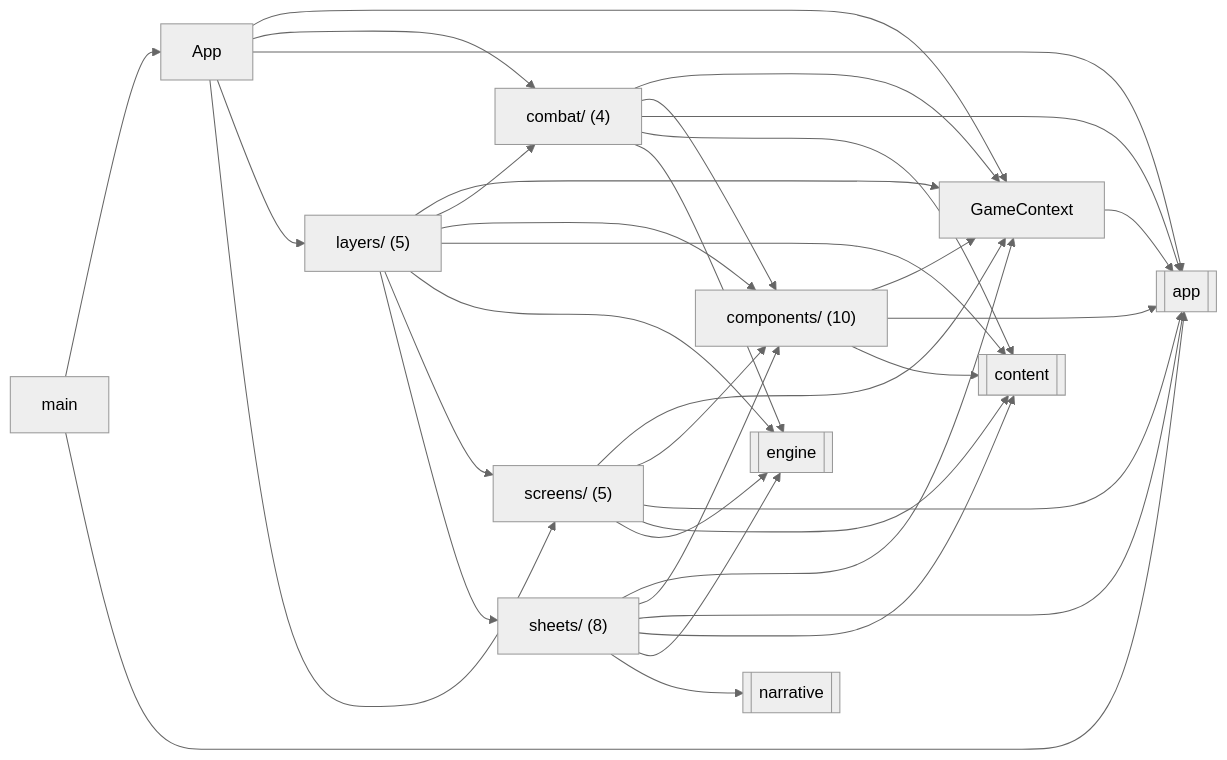
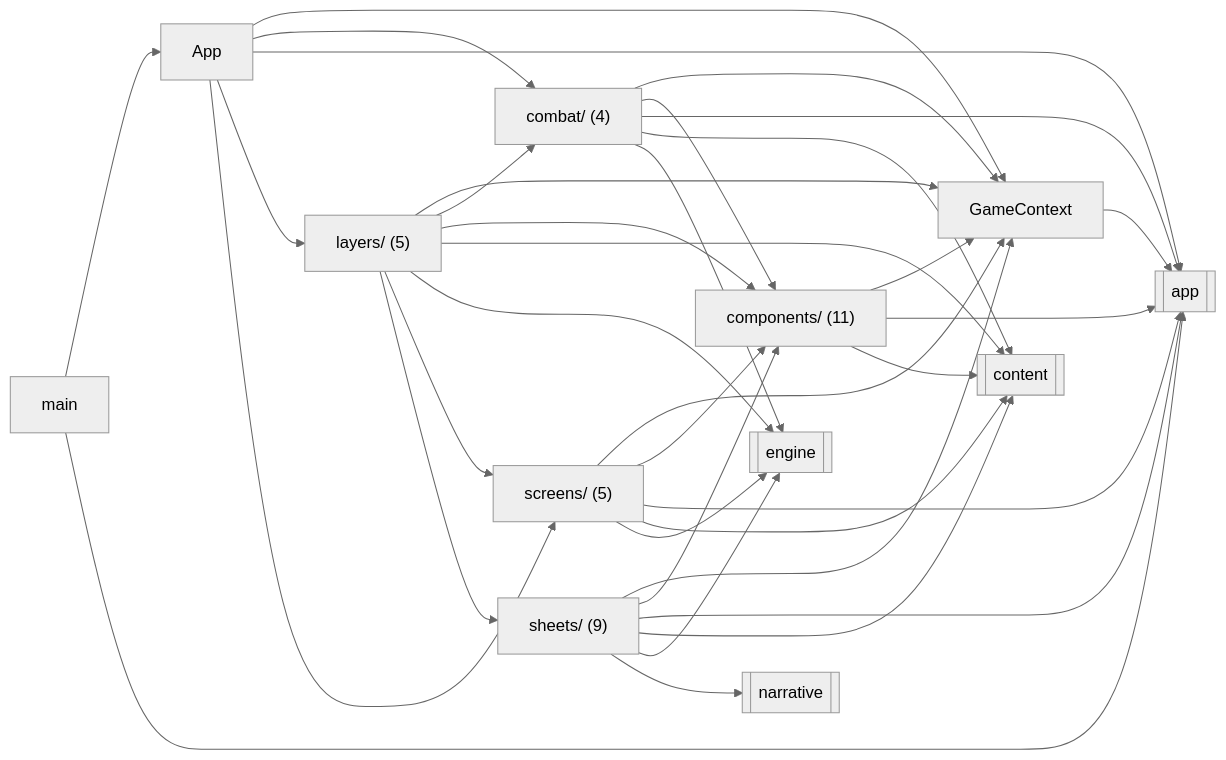
One commit to OrangeB0lt/Cyber-funk changed the diagram in docs/reference/code-map/ui.md. Above: the diagram before and after it, drawn with Mermaid (neutral theme). The commit also changed other lines of this file and 13 other files, not shown here.

````diff
--- a/docs/reference/code-map/ui.md
+++ b/docs/reference/code-map/ui.md
@@ -11,49 +11,49 @@
 ```mermaid
 flowchart LR
   n_App["App"]
   n_GameContext["GameContext"]
   n_combat_["combat/ (4)"]
-  n_components_["components/ (10)"]
+  n_components_["components/ (11)"]
   n_layers_["layers/ (5)"]
   n_main["main"]
   n_screens_["screens/ (5)"]
-  n_sheets_["sheets/ (8)"]
+  n_sheets_["sheets/ (9)"]
   n_ext_app[["app"]]
   n_ext_content[["content"]]
   n_ext_engine[["engine"]]
   n_ext_narrative[["narrative"]]
   n_App --> n_GameContext
   n_App --> n_combat_
   n_App --> n_ext_app
   n_App --> n_layers_
   n_App --> n_screens_
   n_GameContext --> n_ext_app
   n_combat_ --> n_GameContext
   n_combat_ --> n_components_
   n_combat_ --> n_ext_app
   n_combat_ --> n_ext_content
   n_combat_ --> n_ext_engine
   n_components_ --> n_GameContext
   n_components_ --> n_ext_app
   n_components_ --> n_ext_content
   n_layers_ --> n_GameContext
   n_layers_ --> n_combat_
   n_layers_ --> n_components_
   n_layers_ --> n_ext_content
   n_layers_ --> n_ext_engine
   n_layers_ --> n_screens_
   n_layers_ --> n_sheets_
   n_main --> n_App
   n_main --> n_ext_app
   n_screens_ --> n_GameContext
   n_screens_ --> n_components_
   n_screens_ --> n_ext_app
   n_screens_ --> n_ext_content
   n_screens_ --> n_ext_engine
   n_sheets_ --> n_GameContext
   n_sheets_ --> n_components_
   n_sheets_ --> n_ext_app
   n_sheets_ --> n_ext_content
   n_sheets_ --> n_ext_engine
   n_sheets_ --> n_ext_narrative
 ```
````
